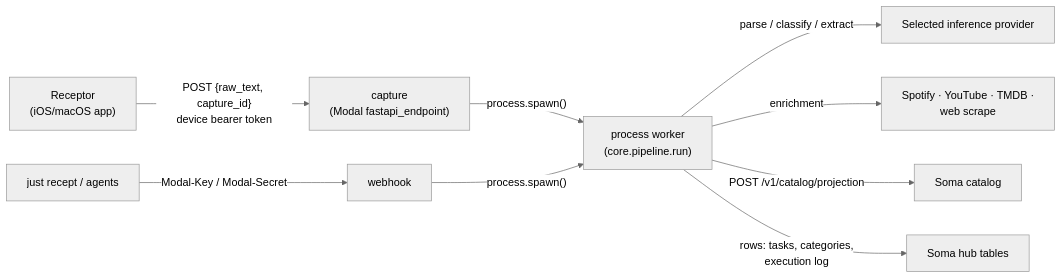
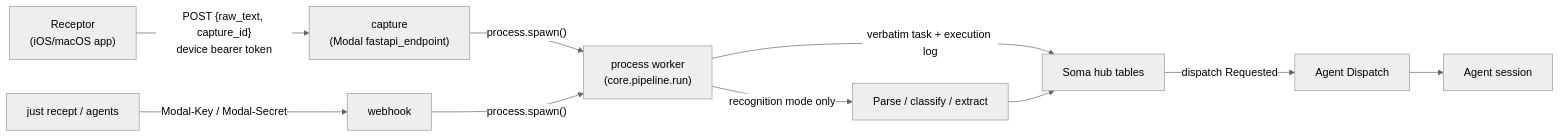
Before and after one commit to alexjmiller5/synapse: the diagram in README.md, drawn with Mermaid (neutral theme). The commit also changed other lines of this file and 5 other files, not shown here.

Commit message:
Dispatch general captures as verbatim tasks by default

````diff
--- a/README.md
+++ b/README.md
@@ -19,11 +27,12 @@
 ```mermaid
 flowchart LR
     R["Receptor<br/>(iOS/macOS app)"] -->|"POST {raw_text, capture_id}<br/>device bearer token"| C["capture<br/>(Modal fastapi_endpoint)"]
     O["just recept / agents"] -->|"Modal-Key / Modal-Secret"| W["webhook"]
     C -->|"process.spawn()"| P["process worker<br/>(core.pipeline.run)"]
     W -->|"process.spawn()"| P
-    P -->|"parse / classify / extract"| G["Selected inference provider"]
-    P -->|"enrichment"| X["Spotify · YouTube · TMDB ·<br/>web scrape"]
-    P -->|"POST /v1/catalog/projection"| K["Soma catalog"]
-    P -->|"rows: tasks, categories,<br/>execution log"| H["Soma hub tables"]
+    P -->|"verbatim task + execution log"| H["Soma hub tables"]
+    H -->|"dispatch Requested"| D["Agent Dispatch"]
+    D --> A["Agent session"]
+    P -->|"recognition mode only"| G["Parse / classify / extract"]
+    G --> H
 ```
````
